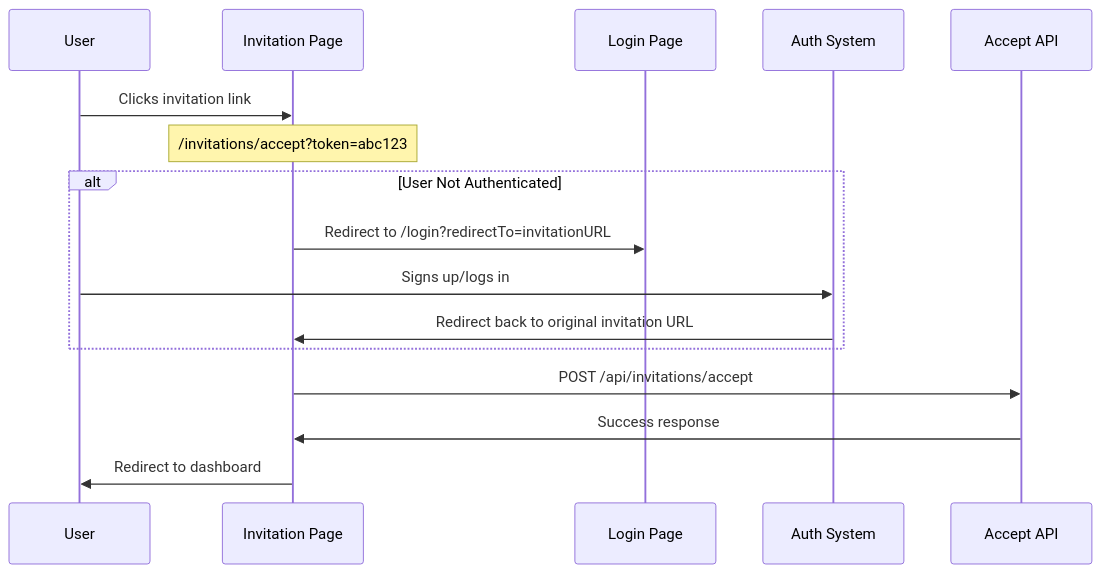
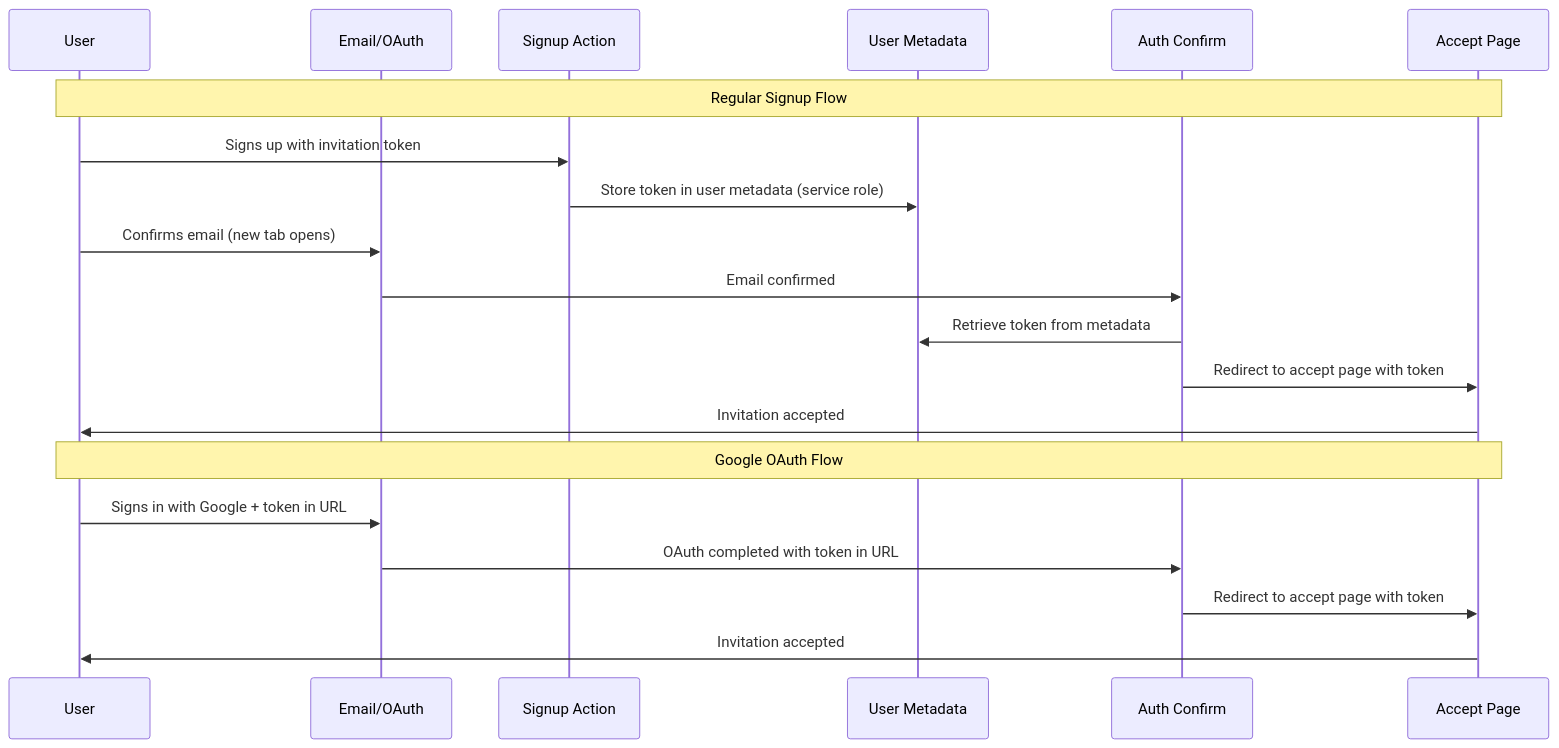
One commit to taskmasterpeace/hey-its-my-contractor changed the diagram in packages/web/INVITATION_SYSTEM_README.md. Above: the diagram before and after it, drawn with Mermaid. The commit also changed other lines of this file, not shown here.

Commit message:
Update docs INVITATION_SYSTEM_README

````diff
--- a/packages/web/INVITATION_SYSTEM_README.md
+++ b/packages/web/INVITATION_SYSTEM_README.md
@@ -55,21 +63,24 @@
 ```mermaid
 sequenceDiagram
     participant U as User
-    participant IP as Invitation Page
-    participant L as Login Page
-    participant A as Auth System
-    participant API as Accept API
+    participant E as Email/OAuth
+    participant S as Signup Action
+    participant M as User Metadata
+    participant C as Auth Confirm
+    participant A as Accept Page
 
-    U->>IP: Clicks invitation link
-    Note over IP: /invitations/accept?token=abc123
+    Note over U,A: Regular Signup Flow
+    U->>S: Signs up with invitation token
+    S->>M: Store token in user metadata (service role)
+    U->>E: Confirms email (new tab opens)
+    E->>C: Email confirmed
+    C->>M: Retrieve token from metadata
+    C->>A: Redirect to accept page with token
+    A->>U: Invitation accepted
 
-    alt User Not Authenticated
-        IP->>L: Redirect to /login?redirectTo=invitationURL
-        U->>A: Signs up/logs in
-        A->>IP: Redirect back to original invitation URL
-    end
-
-    IP->>API: POST /api/invitations/accept
-    API->>IP: Success response
-    IP->>U: Redirect to dashboard
+    Note over U,A: Google OAuth Flow
+    U->>E: Signs in with Google + token in URL
+    E->>C: OAuth completed with token in URL
+    C->>A: Redirect to accept page with token
+    A->>U: Invitation accepted
 ```
````
